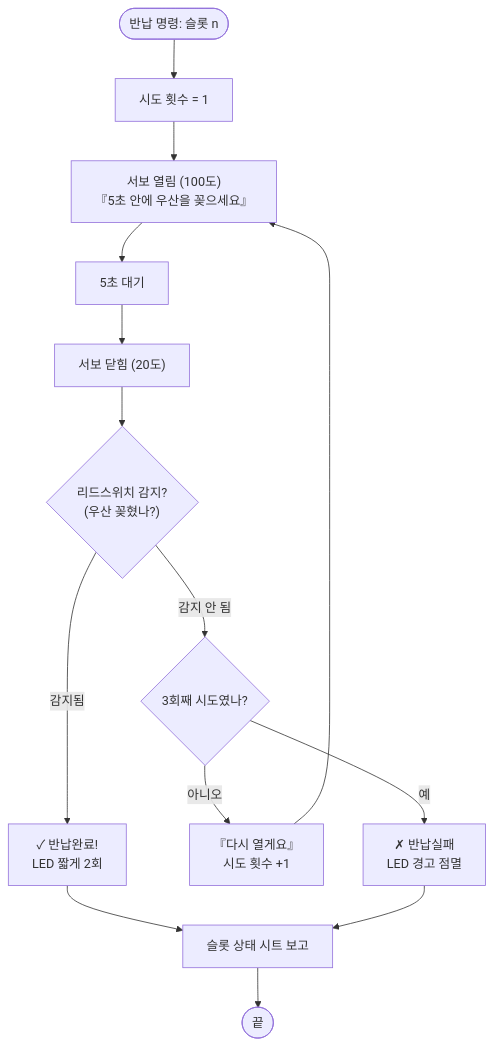
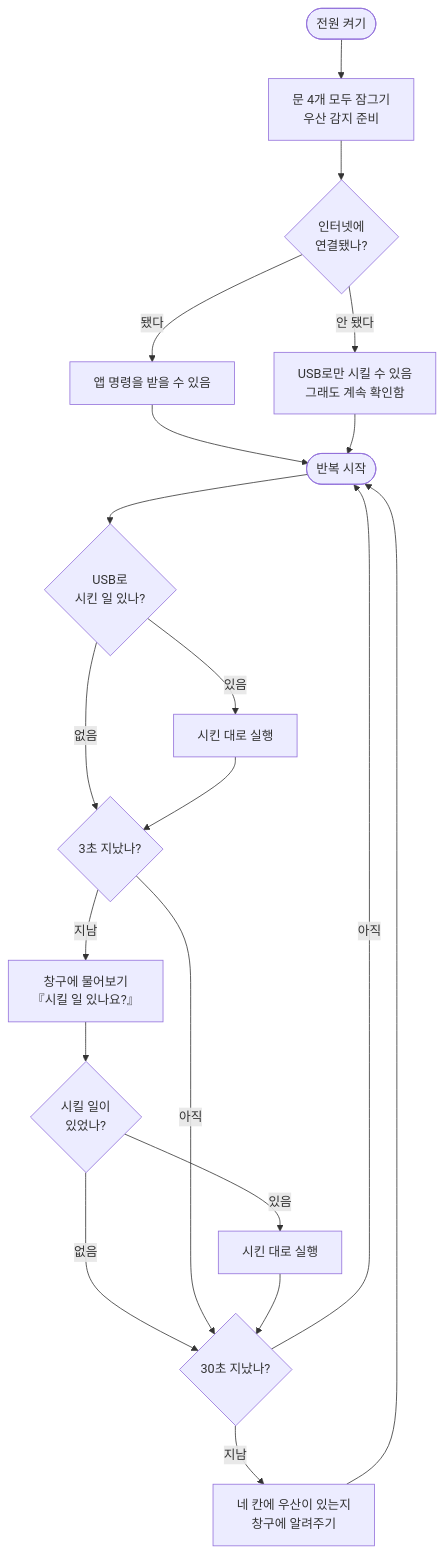
One commit to ralralra/eps32 changed the fourth of 4 diagrams in esp32-class-projects/06_umbrella/step5_locker/flowchart.md. Above: the diagram before and after it, drawn with Mermaid. The commit also changed other lines of this file, not shown here.

````diff
--- a/esp32-class-projects/06_umbrella/step5_locker/flowchart.md
+++ b/esp32-class-projects/06_umbrella/step5_locker/flowchart.md
@@ -56,17 +82,23 @@
 ```mermaid
 flowchart TD
-    A([반납 명령: 슬롯 n]) --> B["시도 횟수 = 1"]
-    B --> C["서보 열림 (100도)<br/>『5초 안에 우산을 꽂으세요』"]
-    C --> D["5초 대기"]
-    D --> E["서보 닫힘 (20도)"]
-    E --> F{"리드스위치 감지?<br/>(우산 꽂혔나?)"}
-    F -- "감지됨" --> G["✓ 반납완료!<br/>LED 짧게 2회"]
-    G --> H["슬롯 상태 시트 보고"]
-    H --> Z([끝])
+    A(["전원 켜기"]) --> B["문 4개 모두 잠그기<br/>우산 감지 준비"]
+    B --> C{"인터넷에<br/>연결됐나?"}
+    C -- "됐다" --> D["앱 명령을 받을 수 있음"]
+    C -- "안 됐다" --> E["USB로만 시킬 수 있음<br/>그래도 계속 확인함"]
+    D --> F(["반복 시작"])
+    E --> F
 
-    F -- "감지 안 됨" --> I{"3회째 시도였나?"}
-    I -- "아니오" --> J["『다시 열게요』<br/>시도 횟수 +1"]
-    J --> C
-    I -- "예" --> K["✗ 반납실패<br/>LED 경고 점멸"]
-    K --> H
+    F --> G{"USB로<br/>시킨 일 있나?"}
+    G -- "있음" --> H["시킨 대로 실행"]
+    G -- "없음" --> I
+    H --> I{"3초 지났나?"}
+    I -- "지남" --> J["창구에 물어보기<br/>『시킬 일 있나요?』"]
+    J --> K{"시킬 일이<br/>있었나?"}
+    K -- "있음" --> H2["시킨 대로 실행"]
+    K -- "없음" --> M
+    I -- "아직" --> M{"30초 지났나?"}
+    H2 --> M
+    M -- "지남" --> N["네 칸에 우산이 있는지<br/>창구에 알려주기"]
+    M -- "아직" --> F
+    N --> F
 ```
````
